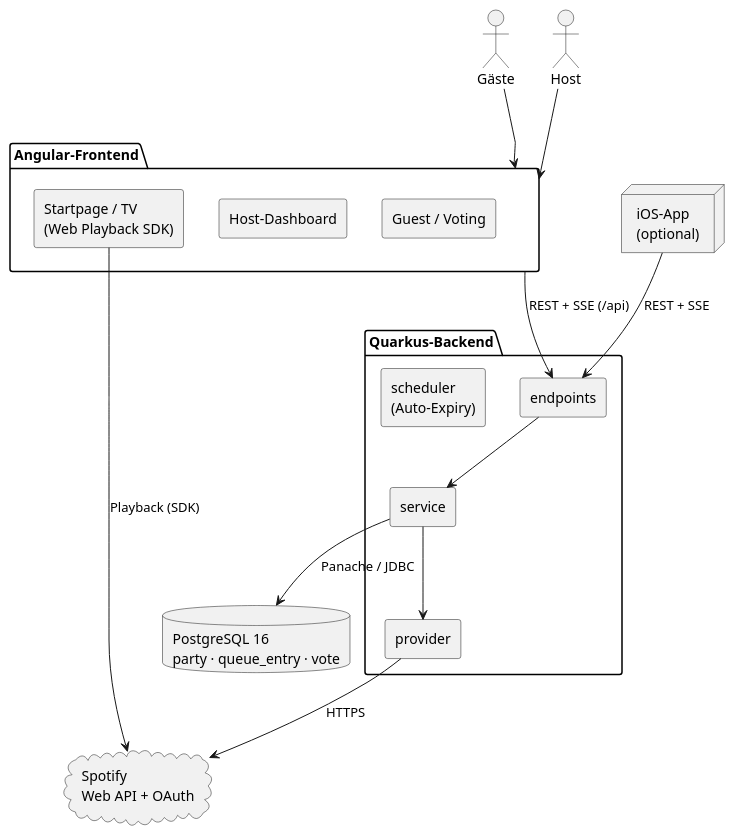
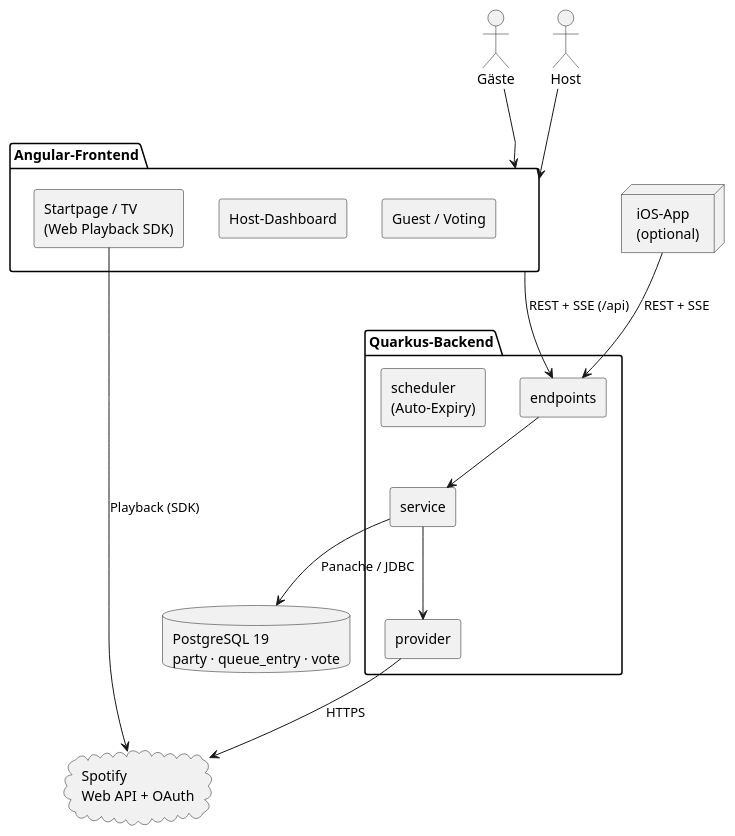
One commit to 2526-4ahitm-itp/2526-4ahitm-music-voting changed the diagram in hugo/content/dev/architecture.md. Above: the diagram before and after it, drawn with PlantUML. The commit also changed other lines of this file and 11 other files, not shown here.

First line of the commit message:
docs: update version numbers to Java 25, Angular 22 and PostgreSQL 19

```diff
--- a/hugo/content/dev/architecture.md
+++ b/hugo/content/dev/architecture.md
@@ -17,37 +17,37 @@
 {{< plantuml id="arch" >}}
 @startuml
 skinparam componentStyle rectangle
 skinparam shadowing false
 
 actor "Gäste" as guests
 actor "Host" as host
 
 package "Angular-Frontend" as fe {
   [Guest / Voting] as gv
   [Host-Dashboard] as hd
   [Startpage / TV\n(Web Playback SDK)] as tv
 }
 
 node "iOS-App\n(optional)" as ios
 
 package "Quarkus-Backend" as be {
   [endpoints] as ep
   [service] as svc
   [provider] as prov
   [scheduler\n(Auto-Expiry)] as sch
 }
 
-database "PostgreSQL 16\nparty · queue_entry · vote" as db
+database "PostgreSQL 19\nparty · queue_entry · vote" as db
 cloud "Spotify\nWeb API + OAuth" as sp
 
 guests --> fe
 host --> fe
 ios --> ep : REST + SSE
 fe --> ep : REST + SSE (/api)
 ep --> svc
 svc --> prov
 svc --> db : Panache / JDBC
 prov --> sp : HTTPS
 tv --> sp : Playback (SDK)
 @enduml
 {{< /plantuml >}}
```
